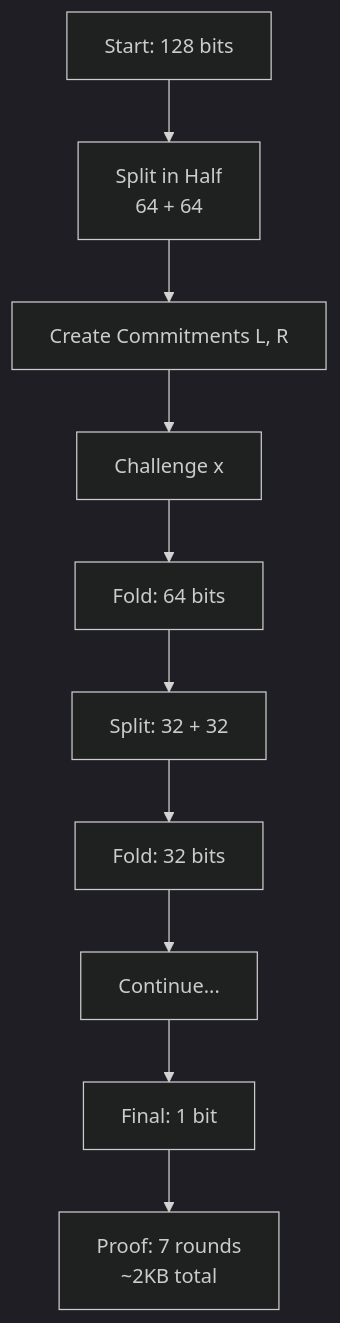
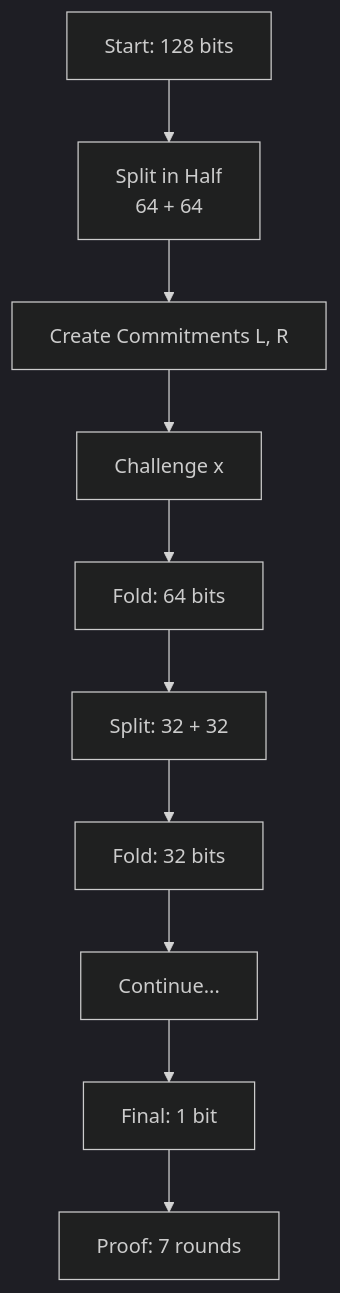
The fourth of 5 diagrams in derod-main/pages/privacy/bulletproofs.mdx (DHEBP/dero-docs), drawn with Mermaid (dark theme) before and after one commit. The commit also changed other lines of this file and 7 other files, not shown here.

````diff
--- a/derod-main/pages/privacy/bulletproofs.mdx
+++ b/derod-main/pages/privacy/bulletproofs.mdx
@@ -271,12 +276,12 @@
 ```mermaid
 graph TB
     A["Start: 128 bits"] --> B["Split in Half<br/>64 + 64"]
     B --> C["Create Commitments L, R"]
     C --> D["Challenge x"]
     D --> E["Fold: 64 bits"]
     E --> F["Split: 32 + 32"]
     F --> G["Fold: 32 bits"]
     G --> H["Continue..."]
     H --> I["Final: 1 bit"]
-    I --> J["Proof: 7 rounds<br/>~2KB total"]
+    I --> J["Proof: 7 rounds"]
 ```
````
